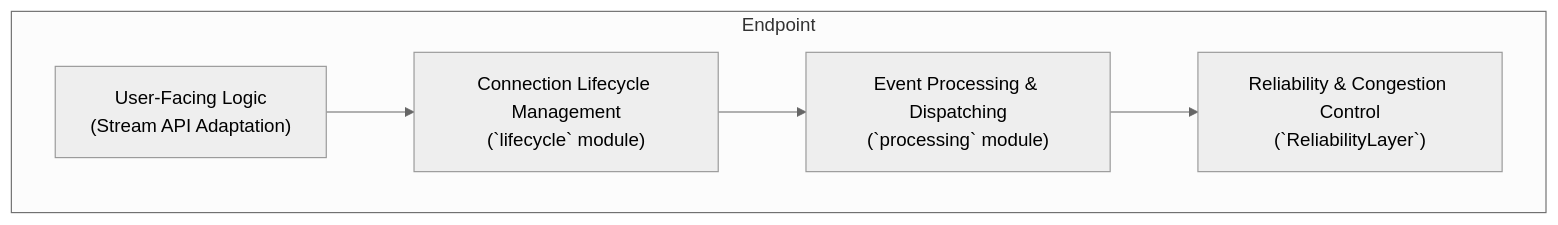
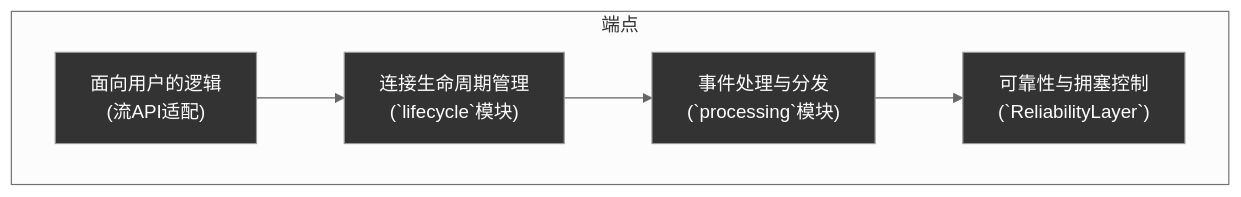
Before and after one commit to ShaoG-R/kestrel-protocol: the first of 2 diagrams in docs/src/dev-docs/components/endpoint/README.md, drawn with Mermaid (neutral theme). The commit also changed other lines of this file and 5 other files, not shown here.

````diff
--- a/docs/src/dev-docs/components/endpoint/README.md
+++ b/docs/src/dev-docs/components/endpoint/README.md
@@ -37,13 +37,18 @@
 ```mermaid
 graph TD
-    subgraph "Endpoint"
-        A["User-Facing Logic<br>(Stream API Adaptation)"]
-        B["Connection Lifecycle Management<br>(`lifecycle` module)"]
-        C["Event Processing & Dispatching<br>(`processing` module)"]
-        D["Reliability & Congestion Control<br>(`ReliabilityLayer`)"]
+    subgraph "端点"
+        A["面向用户的逻辑<br>(流API适配)"]
+        B["连接生命周期管理<br>(`lifecycle`模块)"]
+        C["事件处理与分发<br>(`processing`模块)"]
+        D["可靠性与拥塞控制<br>(`ReliabilityLayer`)"]
     end
 
     A --> B
     B --> C
     C --> D
+
+    style A fill:#333,color:#fff
+    style B fill:#333,color:#fff
+    style C fill:#333,color:#fff
+    style D fill:#333,color:#fff
 ```
````
